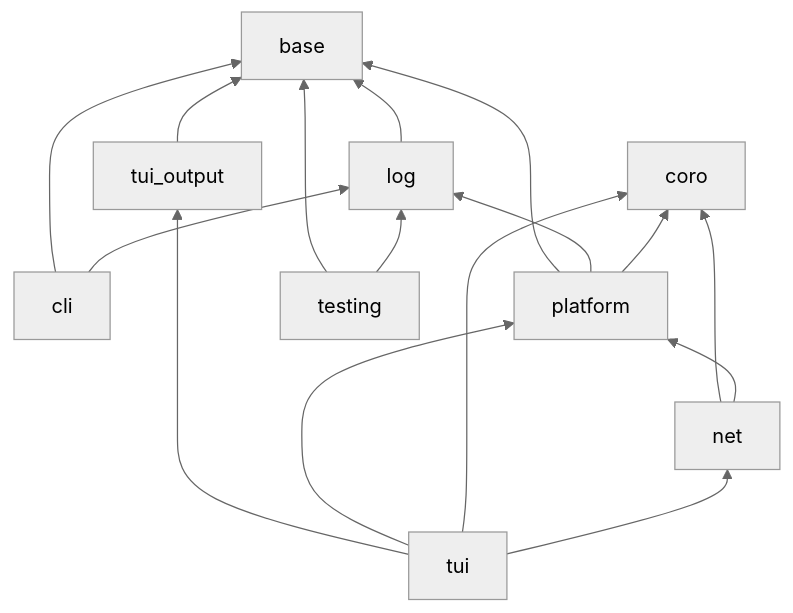
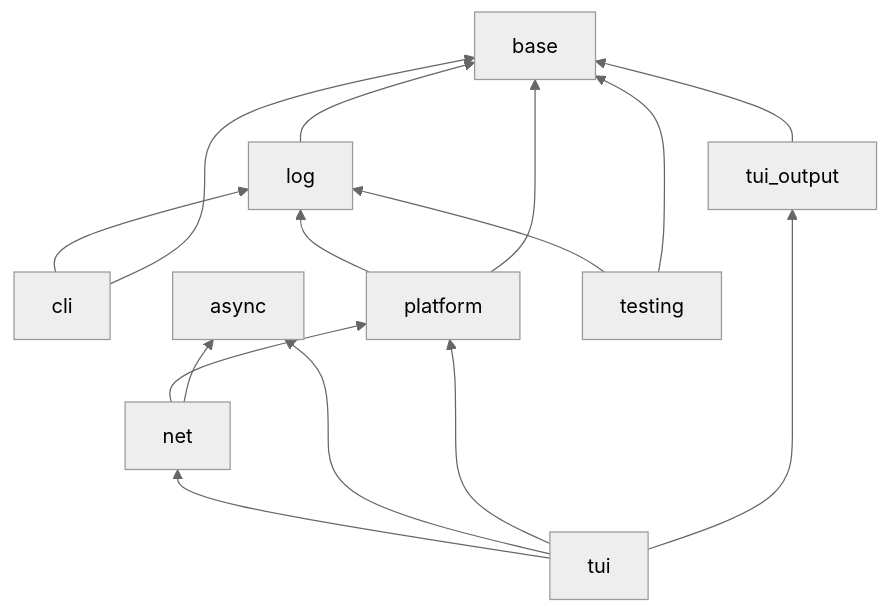
Before and after one commit to contour-terminal/core-cpp: the diagram in docs/modules/index.md, drawn with Mermaid (neutral theme). The commit also changed other lines of this file and 40 other files, not shown here.

````diff
--- a/docs/modules/index.md
+++ b/docs/modules/index.md
@@ -29,18 +29,17 @@
 ```mermaid
 graph BT
     log --> base
     cli --> base
     cli --> log
     platform --> base
     platform --> log
-    platform --> coro
-    net --> coro
+    net --> async
     net --> platform
     tui_output --> base
     tui --> tui_output
     tui --> platform
-    tui --> coro
+    tui --> async
     tui --> net
     testing --> base
     testing --> log
 ```
````
